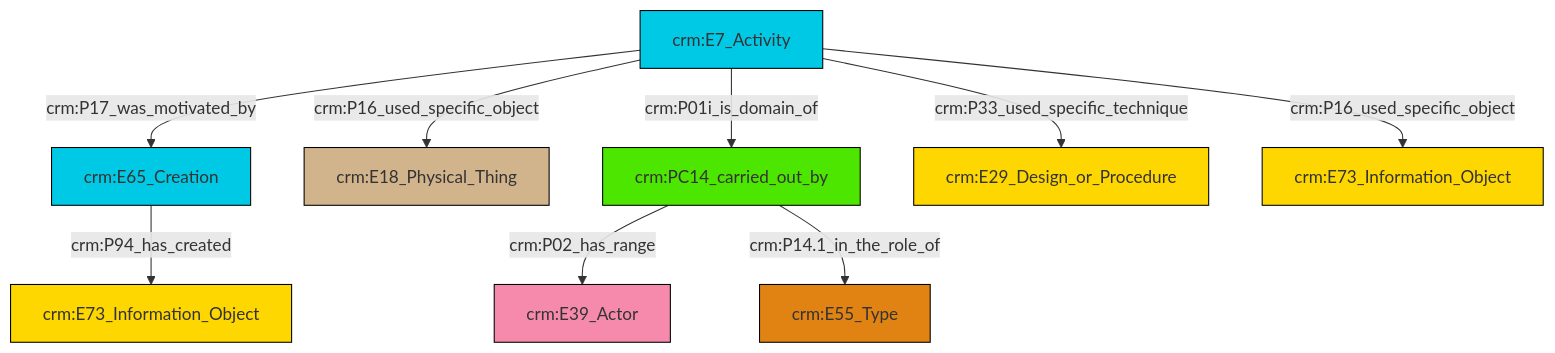
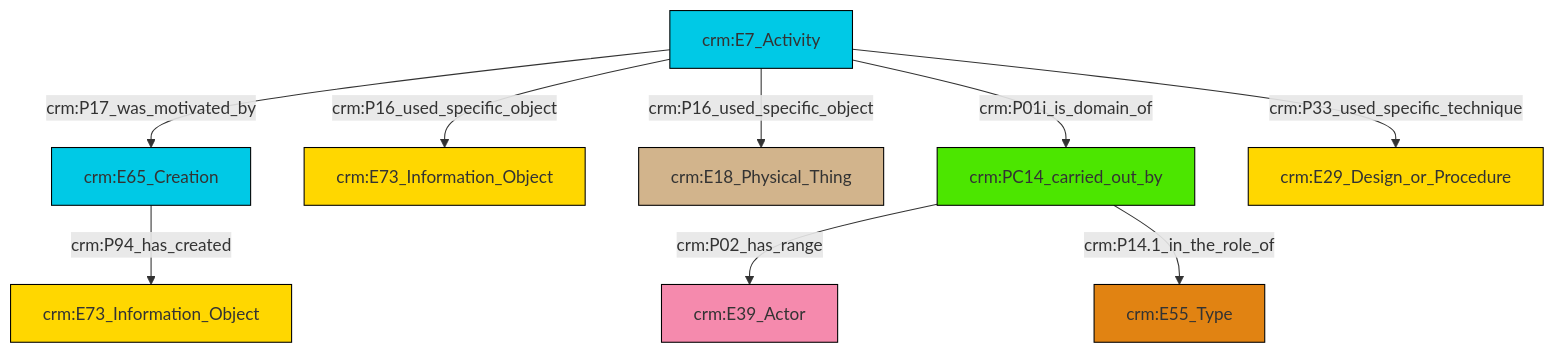
Before and after one commit to swiss-art-research-net/reference-data-models: the diagram in et/eventCSV/ttl/mmd/event_participation.ttl.mmd, drawn with Mermaid. The commit also changed 131 other files, not shown here.

```diff
--- a/et/eventCSV/ttl/mmd/event_participation.ttl.mmd
+++ b/et/eventCSV/ttl/mmd/event_participation.ttl.mmd
@@ -1,23 +1,23 @@
 graph TD
 classDef Literal fill:#f2f2f2,stroke:#000000;
 classDef CRM_Entity fill:#FFFFFF,stroke:#000000;
 classDef Temporal_Entity fill:#00C9E6, stroke:#000000;
 classDef Type fill:#E18312, stroke:#000000;
 classDef Time-Span fill:#2C9C91, stroke:#000000;
 classDef Appellation fill:#FFEB7F, stroke:#000000;
 classDef Place fill:#008836, stroke:#000000;
 classDef Persistent_Item fill:#B266B2, stroke:#000000;
 classDef Conceptual_Object fill:#FFD700, stroke:#000000;
 classDef Physical_Thing fill:#D2B48C, stroke:#000000;
 classDef Actor fill:#f58aad, stroke:#000000;
 classDef PC_Classes fill:#4ce600, stroke:#000000;
 classDef Multi fill:#cccccc,stroke:#000000;
 
-0["crm:E65_Creation"]:::Temporal_Entity -->|crm:P94_has_created| 1["crm:E73_Information_Object"]:::Conceptual_Object
-6["crm:E7_Activity"]:::Temporal_Entity -->|crm:P17_was_motivated_by| 0["crm:E65_Creation"]:::Temporal_Entity
-4["crm:PC14_carried_out_by"]:::PC_Classes -->|crm:P02_has_range| 7["crm:E39_Actor"]:::Actor
-4["crm:PC14_carried_out_by"]:::PC_Classes -->|crm:P14.1_in_the_role_of| 8["crm:E55_Type"]:::Type
-6["crm:E7_Activity"]:::Temporal_Entity -->|crm:P33_used_specific_technique| 9["crm:E29_Design_or_Procedure"]:::Conceptual_Object
-6["crm:E7_Activity"]:::Temporal_Entity -->|crm:P16_used_specific_object| 2["crm:E18_Physical_Thing"]:::Physical_Thing
-6["crm:E7_Activity"]:::Temporal_Entity -->|crm:P01i_is_domain_of| 4["crm:PC14_carried_out_by"]:::PC_Classes
-6["crm:E7_Activity"]:::Temporal_Entity -->|crm:P16_used_specific_object| 12["crm:E73_Information_Object"]:::Conceptual_Object
+0["crm:E7_Activity"]:::Temporal_Entity -->|crm:P17_was_motivated_by| 1["crm:E65_Creation"]:::Temporal_Entity
+1["crm:E65_Creation"]:::Temporal_Entity -->|crm:P94_has_created| 2["crm:E73_Information_Object"]:::Conceptual_Object
+0["crm:E7_Activity"]:::Temporal_Entity -->|crm:P16_used_specific_object| 6["crm:E18_Physical_Thing"]:::Physical_Thing
+7["crm:PC14_carried_out_by"]:::PC_Classes -->|crm:P02_has_range| 8["crm:E39_Actor"]:::Actor
+0["crm:E7_Activity"]:::Temporal_Entity -->|crm:P16_used_specific_object| 3["crm:E73_Information_Object"]:::Conceptual_Object
+0["crm:E7_Activity"]:::Temporal_Entity -->|crm:P33_used_specific_technique| 11["crm:E29_Design_or_Procedure"]:::Conceptual_Object
+0["crm:E7_Activity"]:::Temporal_Entity -->|crm:P01i_is_domain_of| 7["crm:PC14_carried_out_by"]:::PC_Classes
+7["crm:PC14_carried_out_by"]:::PC_Classes -->|crm:P14.1_in_the_role_of| 16["crm:E55_Type"]:::Type
```
